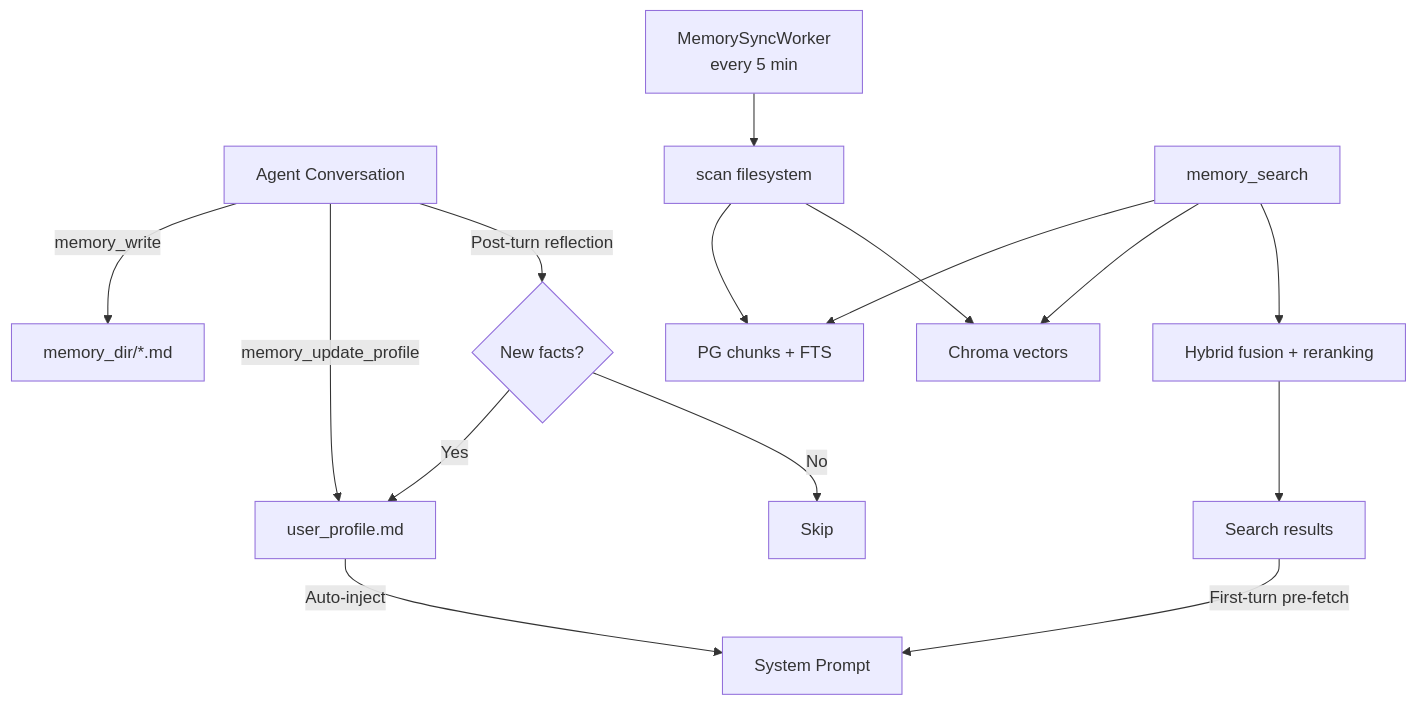
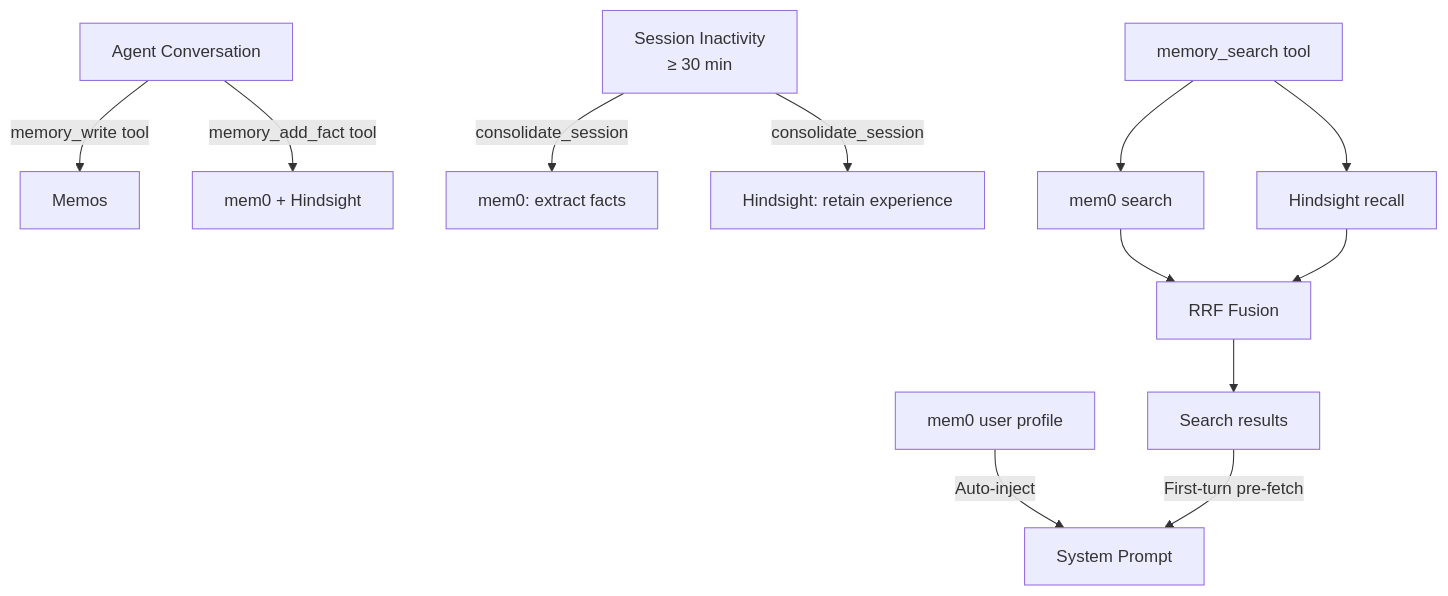
One commit to rararulab/rara changed the diagram in docs/src/memory-system.md. Above: the diagram before and after it, drawn with Mermaid. The commit also changed other lines of this file and 1 other file, not shown here.

First line of the commit message:
docs(memory): update memory-system and refactor plan for new trigger timing (#318)

````diff
--- a/docs/src/memory-system.md
+++ b/docs/src/memory-system.md
@@ -7,20 +7,17 @@
 ```mermaid
 graph TD
-    A[Agent Conversation] -->|memory_write| B[memory_dir/*.md]
-    A -->|memory_update_profile| C[user_profile.md]
-    A -->|Post-turn reflection| D{New facts?}
-    D -->|Yes| C
-    D -->|No| E[Skip]
+    A[Agent Conversation] -->|memory_write tool| B[Memos]
+    A -->|memory_add_fact tool| C[mem0 + Hindsight]
 
-    F[MemorySyncWorker<br/>every 5 min] --> G[scan filesystem]
-    G --> H[PG chunks + FTS]
-    G --> I[Chroma vectors]
+    D[Session Inactivity<br/>≥ 30 min] -->|consolidate_session| E[mem0: extract facts]
+    D -->|consolidate_session| F[Hindsight: retain experience]
 
-    J[memory_search] --> H
-    J --> I
-    J --> K[Hybrid fusion + reranking]
-    K --> L[Search results]
+    G[memory_search tool] --> H[mem0 search]
+    G --> I[Hindsight recall]
+    H --> J[RRF Fusion]
+    I --> J
+    J --> K[Search results]
 
-    C -->|Auto-inject| M[System Prompt]
-    L -->|First-turn pre-fetch| M
+    L[mem0 user profile] -->|Auto-inject| M[System Prompt]
+    K -->|First-turn pre-fetch| M
 ```
````
